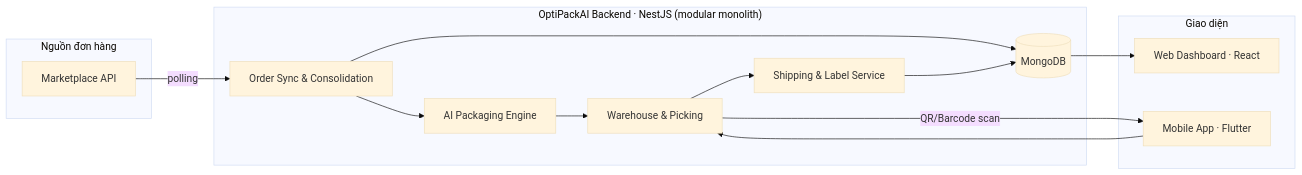
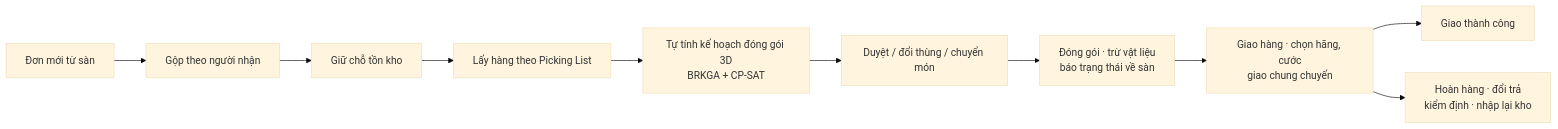
One commit to ThuaanNguyeen111/OptiPackAI changed the second of 2 diagrams in README.md. Above: the diagram before and after it, drawn with Mermaid (base theme). The commit also changed other lines of this file and 300 other files, not shown here.

Commit message:
feat(AOFP-16): sync frontend, storefront and ghn backend from phuong_admin

````diff
--- a/README.md
+++ b/README.md
@@ -148,29 +109,12 @@
 ```mermaid
 flowchart LR
-    subgraph Sources["Nguồn đơn hàng"]
-        A[Marketplace API]
-    end
-
-    subgraph Core["OptiPackAI Backend · NestJS (modular monolith)"]
-        C[Order Sync & Consolidation]
-        D[AI Packaging Engine]
-        W[Warehouse & Picking]
-        E[Shipping & Label Service]
-        F[(MongoDB)]
-    end
-
-    subgraph Clients["Giao diện"]
-        G[Web Dashboard · React]
-        H[Mobile App · Flutter]
-    end
-
-    A -- polling --> C
-    C --> F
-    C --> D
-    D --> W
-    W --> E
-    E --> F
-    F --> G
-    W -- QR/Barcode scan --> H
-    H --> W
+    A[Đơn mới từ sàn] --> B[Gộp theo người nhận]
+    B --> C[Giữ chỗ tồn kho]
+    C --> D[Lấy hàng theo Picking List]
+    D --> E[Tự tính kế hoạch đóng gói 3D<br/>BRKGA + CP-SAT]
+    E --> F[Duyệt / đổi thùng / chuyển món]
+    F --> G[Đóng gói · trừ vật liệu<br/>báo trạng thái về sàn]
+    G --> H[Giao hàng · chọn hãng, cước<br/>giao chung chuyến]
+    H --> I[Giao thành công]
+    H --> J[Hoàn hàng · đổi trả<br/>kiểm định · nhập lại kho]
 ```
````
